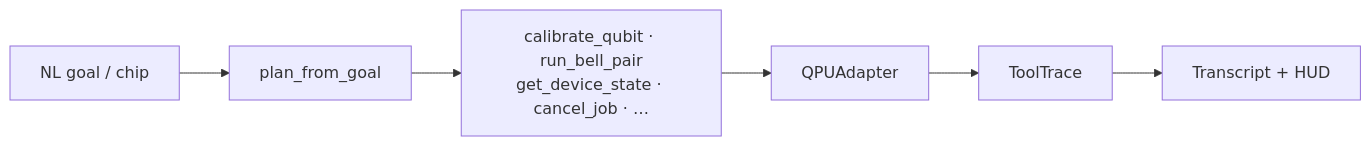
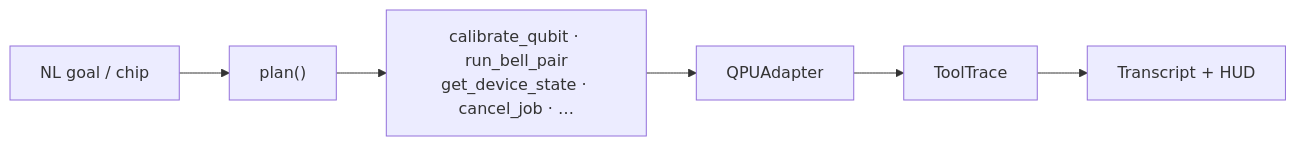
The second of 2 diagrams in README.md (mariodelgado/coda-2), drawn with Mermaid before and after one commit. The commit also changed 2 other files, not shown here.

Commit message:
fix(orchestrator): wire LLM plan() into run_goal (#35)
* fix(orchestrator): wire LLM plan() into run_goal

Default run_goal planner is now plan() so POST /goals uses the LLM
planner when a client is available, with the existing deterministic
plan_from_goal fallback inside plan().

* style(tests): ruff-format planner test constant

---------

````diff
--- a/README.md
+++ b/README.md
@@ -99,8 +99,8 @@
 ```mermaid
 flowchart LR
-  Goal["NL goal / chip"] --> Plan["plan_from_goal"]
+  Goal["NL goal / chip"] --> Plan["plan()"]
   Plan --> Tools["calibrate_qubit · run_bell_pair<br/>get_device_state · cancel_job · …"]
   Tools --> Adapter["QPUAdapter"]
   Adapter --> Trace["ToolTrace"]
   Trace --> UI["Transcript + HUD"]
 ```
````
